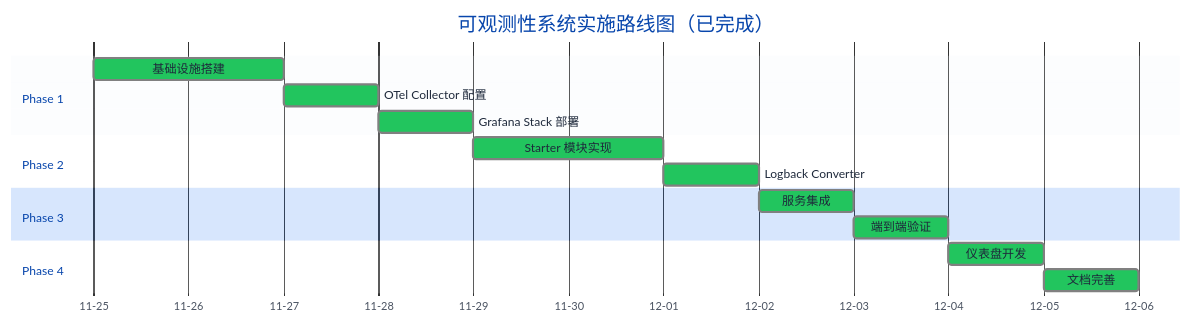
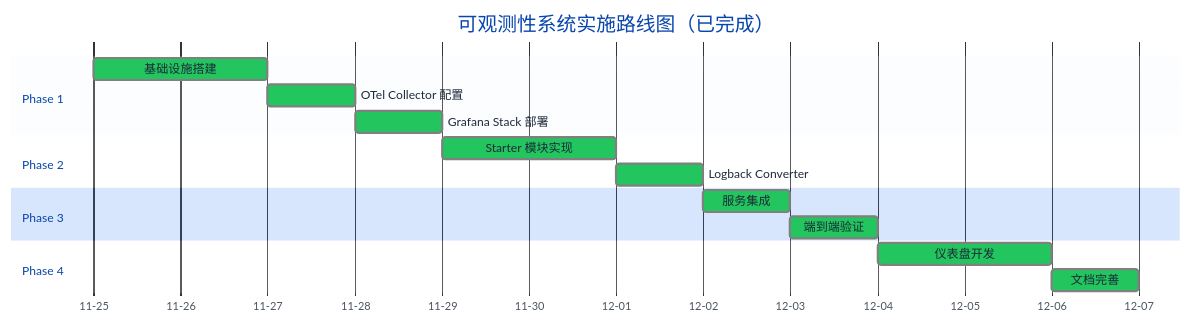
One commit to linqibin0826/patra changed the first of 3 diagrams in patra-api/docs/designs/observability/07-implementation-roadmap.md. Above: the diagram before and after it, drawn with Mermaid. The commit also changed other lines of this file and 8 other files, not shown here.

````diff
--- a/patra-api/docs/designs/observability/07-implementation-roadmap.md
+++ b/patra-api/docs/designs/observability/07-implementation-roadmap.md
@@ -17,37 +17,37 @@
 ```mermaid
 %%{init: {
   'theme': 'base',
   'themeVariables': {
     'primaryColor': '#3b82f6',
     'primaryTextColor': '#1e293b',
     'primaryBorderColor': '#1d4ed8',
     'lineColor': '#64748b',
     'sectionBkgColor': '#f1f5f9',
     'taskBkgColor': '#dcfce7',
     'taskTextColor': '#1e293b',
     'gridColor': '#e2e8f0',
     'doneTaskBkgColor': '#22c55e'
   }
 }}%%
 gantt
     title 可观测性系统实施路线图（已完成）
     dateFormat YYYY-MM-DD
     axisFormat %m-%d
 
     section Phase 1
     基础设施搭建           :done, p1, 2025-11-25, 2d
     OTel Collector 配置    :done, p1a, after p1, 1d
     Grafana Stack 部署     :done, p1b, after p1a, 1d
 
     section Phase 2
     Starter 模块实现       :done, p2, after p1b, 2d
     Logback Converter      :done, p2a, after p2, 1d
 
     section Phase 3
     服务集成               :done, p3, after p2a, 1d
     端到端验证             :done, p3a, after p3, 1d
 
     section Phase 4
-    仪表盘开发             :done, p4, after p3a, 1d
+    仪表盘开发             :done, p4, after p3a, 2d
     文档完善               :done, p4a, after p4, 1d
 ```
````
